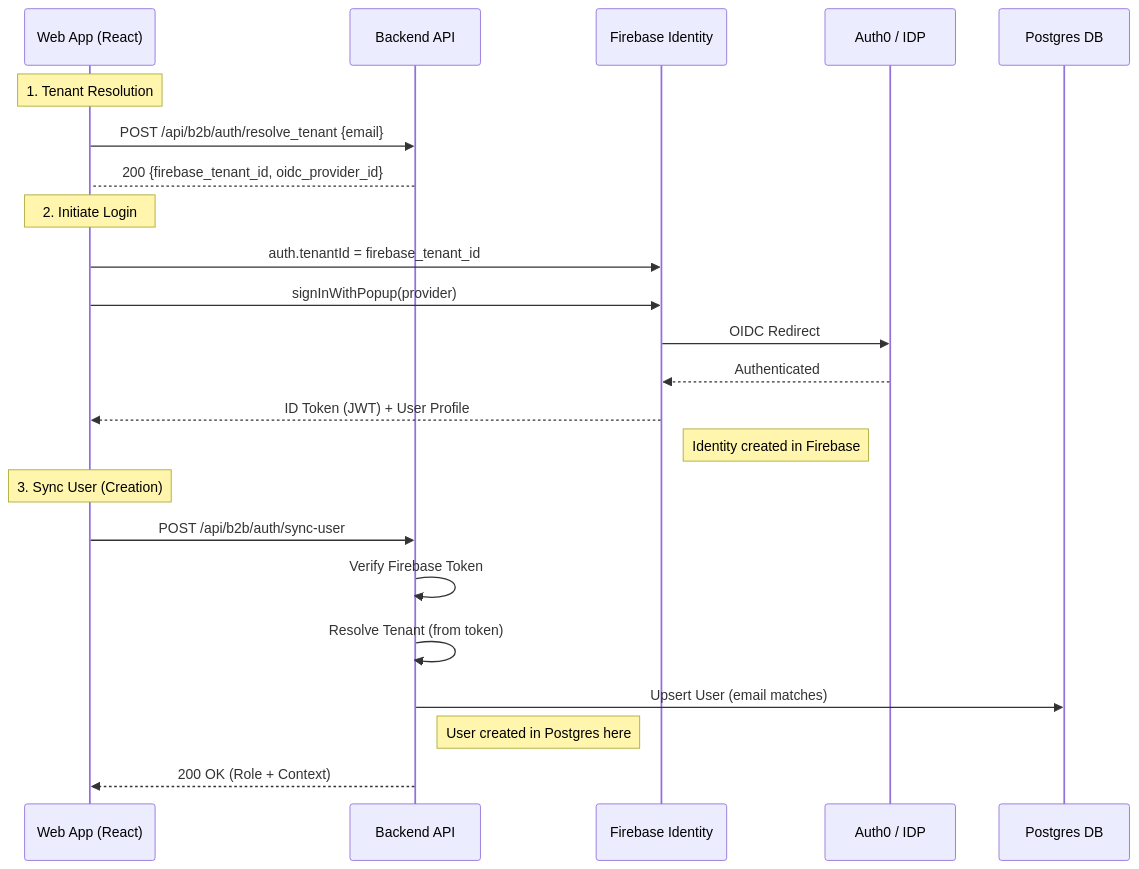
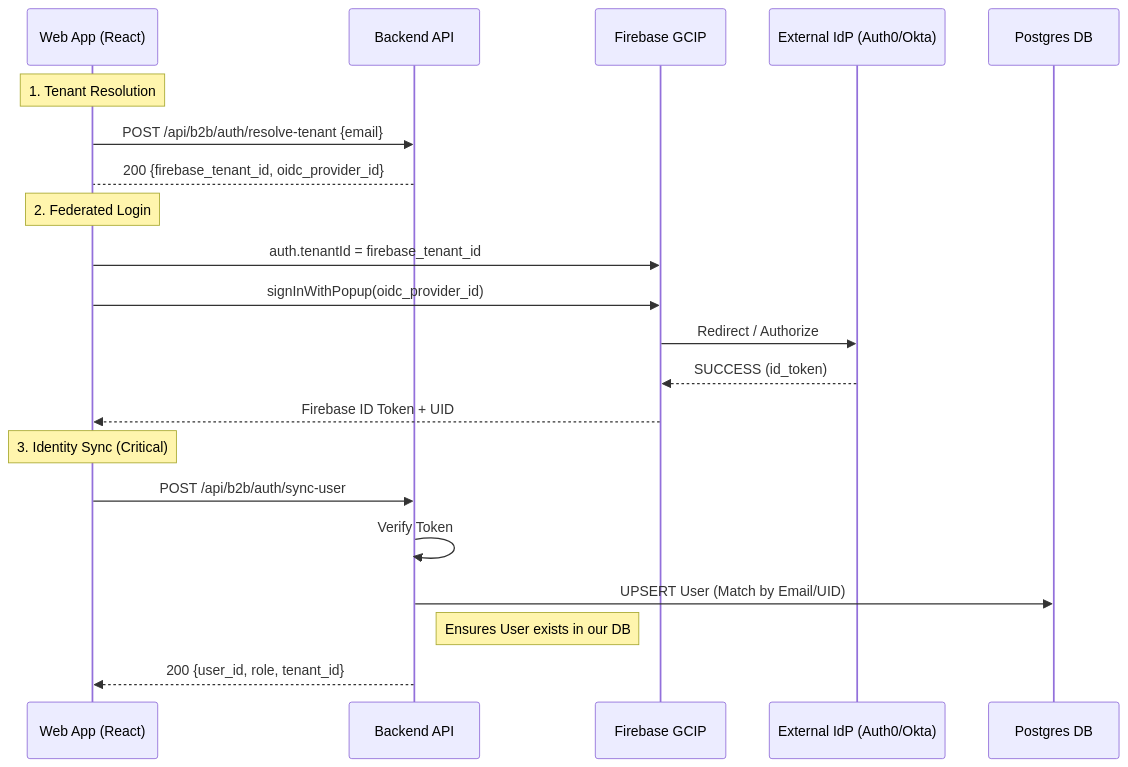
Before and after one commit to nkumar15/communication-analysis: the second of 4 diagrams in docs/architecture/authentication.md, drawn with Mermaid. The commit also changed other lines of this file and 1 other file, not shown here.

Commit message:
docs: Simplify tenant onboarding and member invitation flows with high-level descriptions, and refine authentication architecture diagrams and core principles.

````diff
--- a/docs/architecture/authentication.md
+++ b/docs/architecture/authentication.md
@@ -48,29 +50,26 @@
 ```mermaid
 sequenceDiagram
     participant Browser as Web App (React)
     participant BE as Backend API
-    participant Firebase as Firebase Identity
-    participant IdP as Auth0 / IDP
+    participant Firebase as Firebase GCIP
+    participant IdP as External IdP (Auth0/Okta)
     participant DB as Postgres DB
 
     Note over Browser: 1. Tenant Resolution
-    Browser->>BE: POST /api/b2b/auth/resolve_tenant {email}
+    Browser->>BE: POST /api/b2b/auth/resolve-tenant {email}
     BE-->Browser: 200 {firebase_tenant_id, oidc_provider_id}
-
-    Note over Browser: 2. Initiate Login
+    
+    Note over Browser: 2. Federated Login
     Browser->>Firebase: auth.tenantId = firebase_tenant_id
-    Browser->>Firebase: signInWithPopup(provider)
+    Browser->>Firebase: signInWithPopup(oidc_provider_id)
+    Firebase->>IdP: Redirect / Authorize
+    IdP-->>Firebase: SUCCESS (id_token)
+    Firebase-->>Browser: Firebase ID Token + UID
     
-    Firebase->>IdP: OIDC Redirect
-    IdP-->>Firebase: Authenticated
-    Firebase-->>Browser: ID Token (JWT) + User Profile
-    Note right of Firebase: Identity created in Firebase
-
-    Note over Browser: 3. Sync User (Creation)
+    Note over Browser: 3. Identity Sync (Critical)
     Browser->>BE: POST /api/b2b/auth/sync-user
-    BE->>BE: Verify Firebase Token
-    BE->>BE: Resolve Tenant (from token)
-    BE->>DB: Upsert User (email matches)
-    Note right of BE: User created in Postgres here
-    BE-->>Browser: 200 OK (Role + Context)
+    BE->>BE: Verify Token
+    BE->>DB: UPSERT User (Match by Email/UID)
+    Note right of BE: Ensures User exists in our DB
+    BE-->>Browser: 200 {user_id, role, tenant_id}
 ```
````
